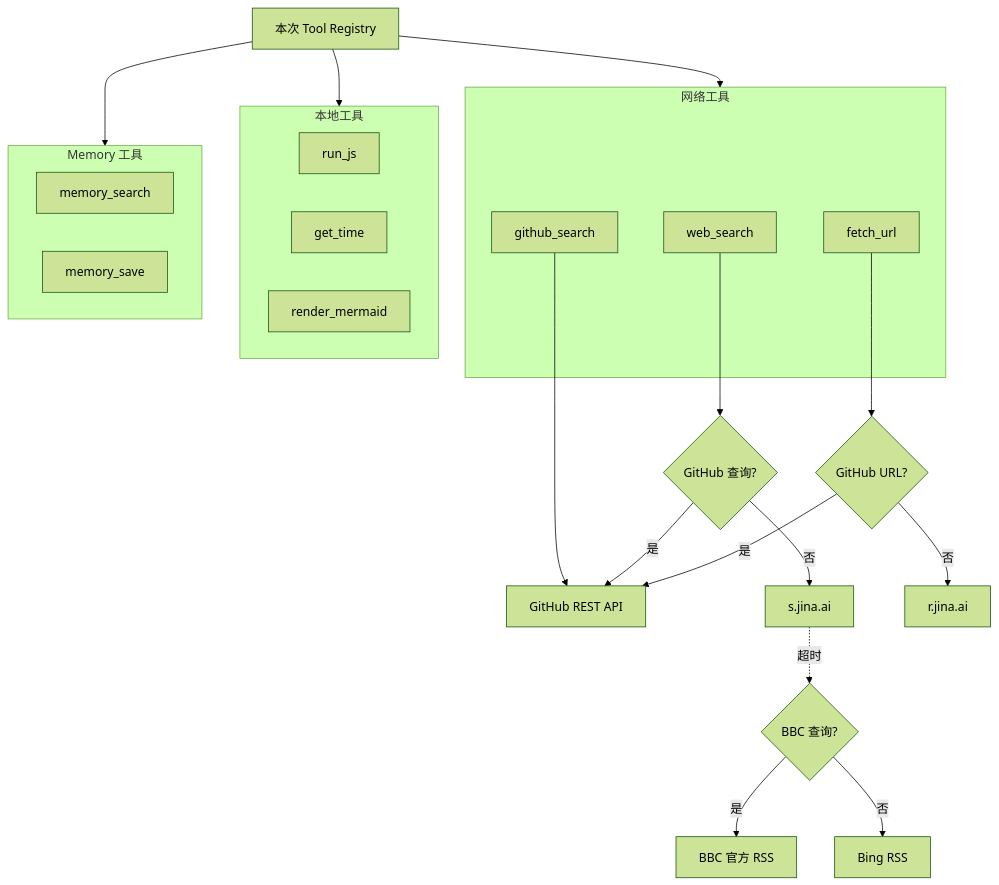
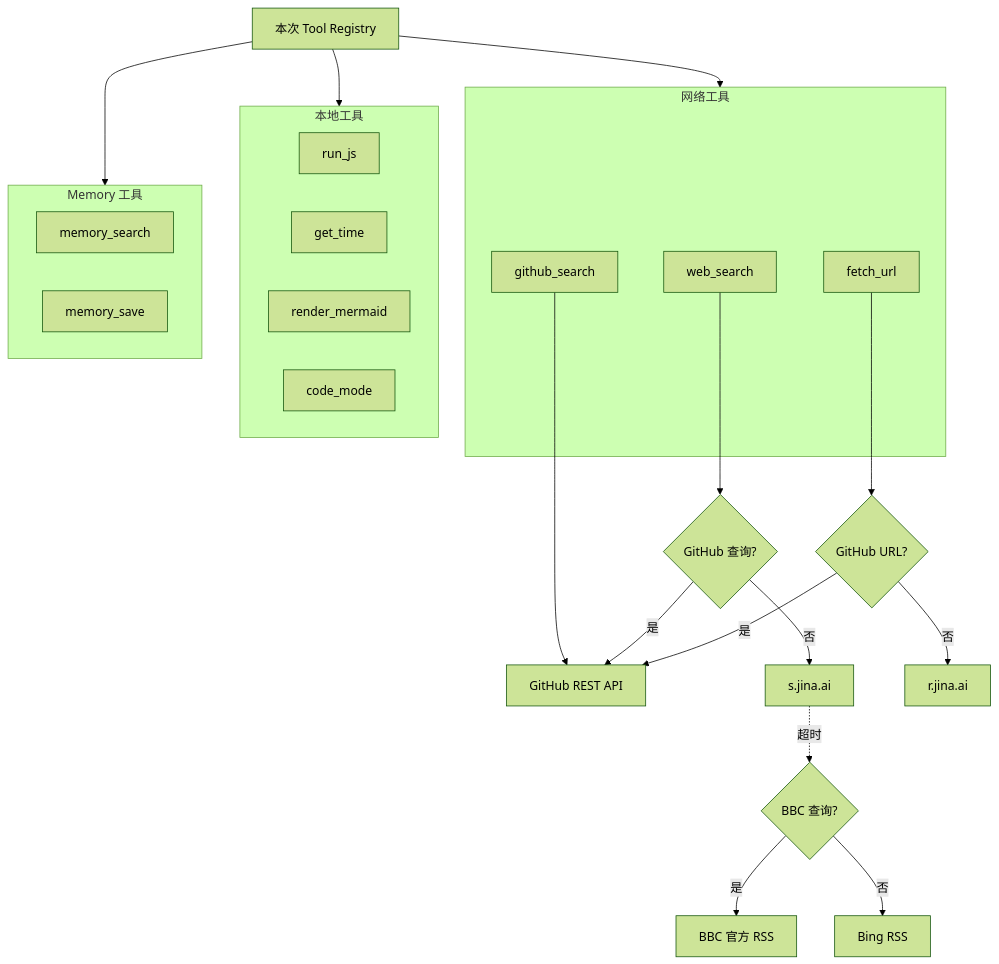
The eighth of 17 diagrams in ARCHITECTURE.md (lijiajia96/llm-local), drawn with Mermaid (forest theme) before and after one commit. The commit also changed other lines of this file and 28 other files, not shown here.

````diff
--- a/ARCHITECTURE.md
+++ b/ARCHITECTURE.md
@@ -364,36 +410,37 @@
 ```mermaid
 flowchart TB
     Registry[本次 Tool Registry]
 
     subgraph Network["网络工具"]
         Web[web_search]
         GitHub[github_search]
         Fetch[fetch_url]
     end
 
     subgraph Local["本地工具"]
         JS[run_js]
         Time[get_time]
         Mermaid[render_mermaid]
+        CodeMode[code_mode]
     end
 
     subgraph MemoryTools["Memory 工具"]
         Search[memory_search]
         Save[memory_save]
     end
 
     Registry --> Network
     Registry --> Local
     Registry --> MemoryTools
 
     GitHub --> GitHubAPI[GitHub REST API]
     Web --> Router{GitHub 查询?}
     Router -- 是 --> GitHubAPI
     Router -- 否 --> JinaSearch[s.jina.ai]
     JinaSearch -. 超时 .-> SearchFallback{BBC 查询?}
     SearchFallback -- 是 --> BBCRSS[BBC 官方 RSS]
     SearchFallback -- 否 --> BingRSS[Bing RSS]
     Fetch --> FetchRouter{GitHub URL?}
     FetchRouter -- 是 --> GitHubAPI
     FetchRouter -- 否 --> JinaReader[r.jina.ai]
 ```
````
